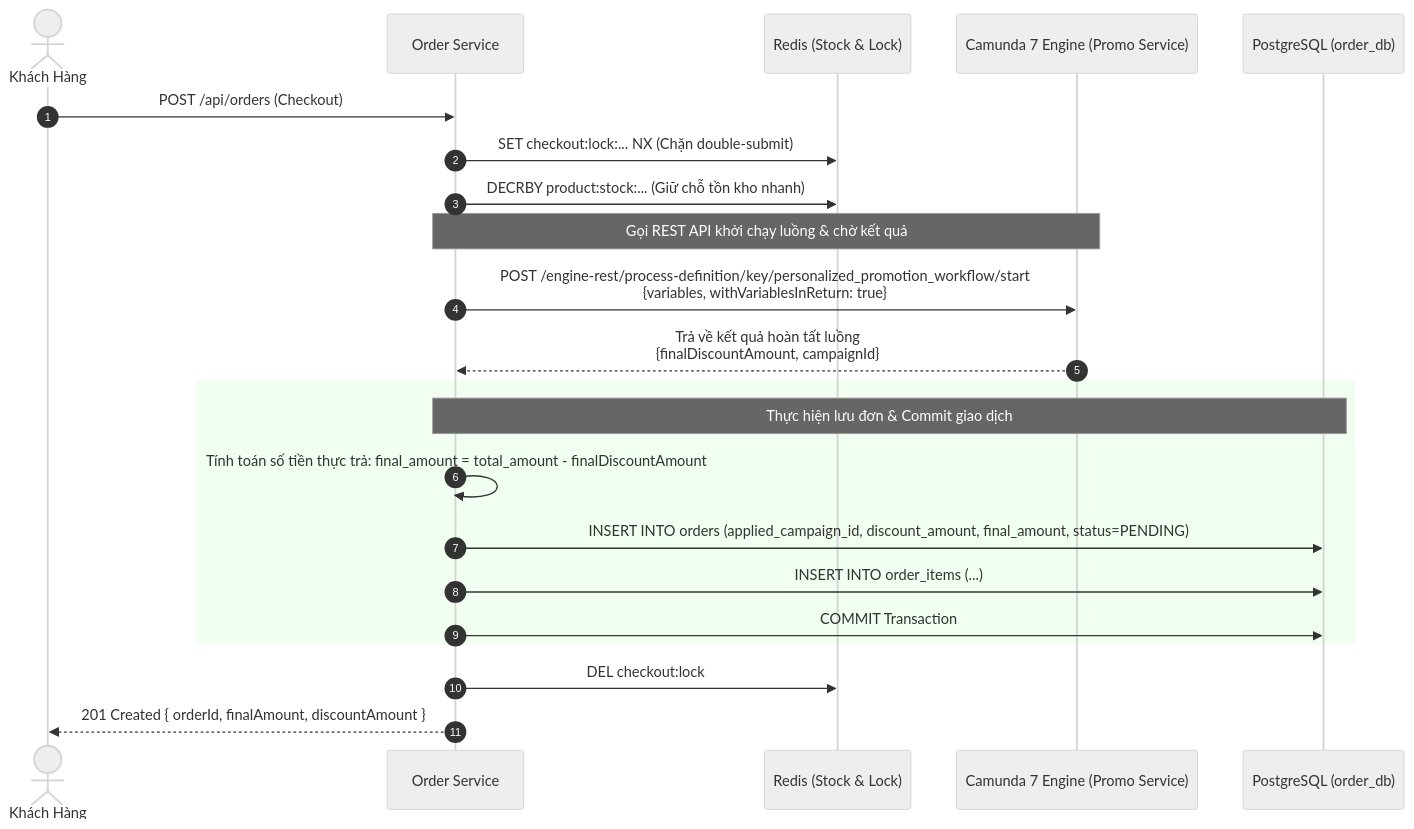
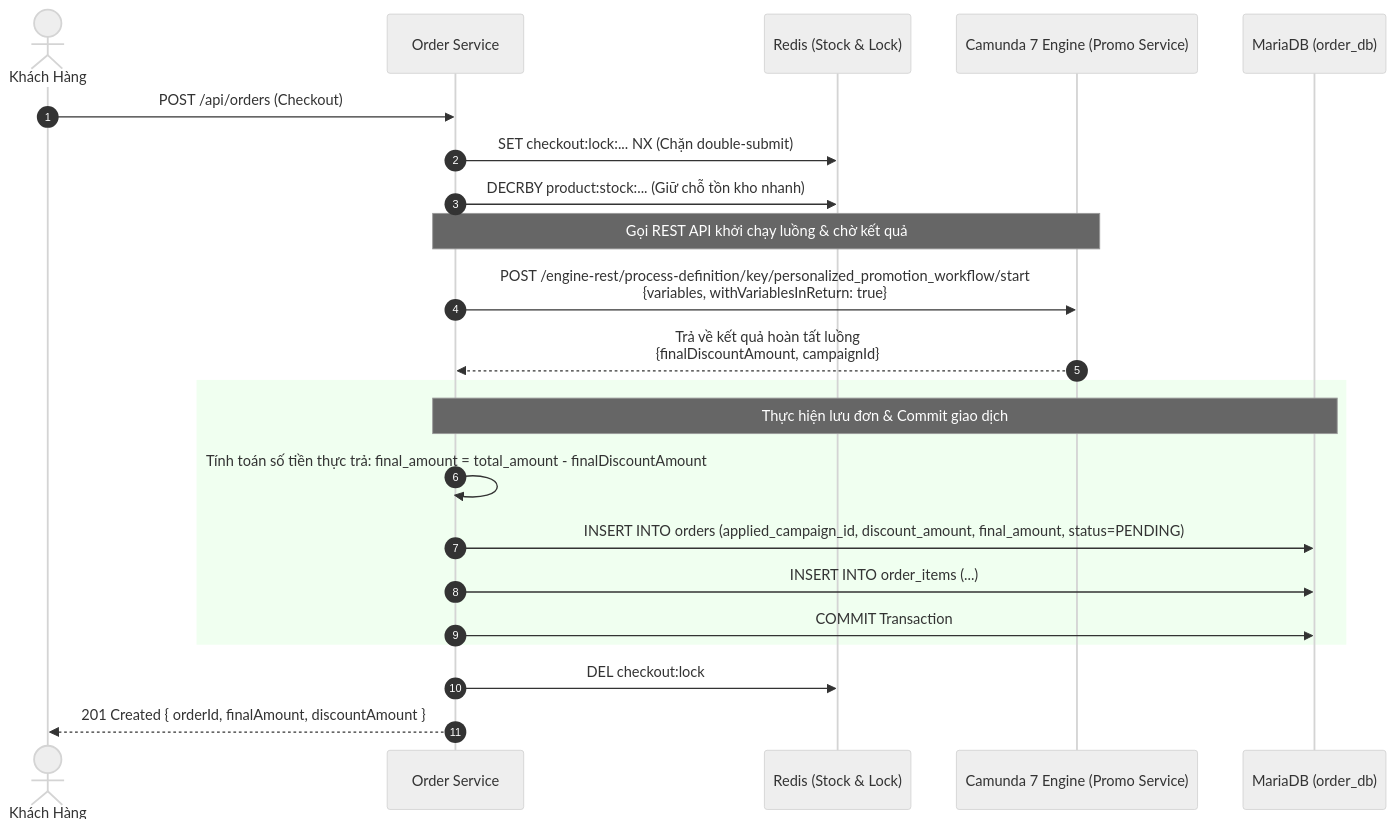
One commit to Thuannd24/Graduation-Project changed the fifth of 6 diagrams in docs/services/03_CART_ORDER_SERVICE.md. Above: the diagram before and after it, drawn with Mermaid (neutral theme). The commit also changed other lines of this file and 19 other files, not shown here.

````diff
--- a/docs/services/03_CART_ORDER_SERVICE.md
+++ b/docs/services/03_CART_ORDER_SERVICE.md
@@ -311,29 +324,29 @@
 ```mermaid
 sequenceDiagram
     autonumber
     actor Client as Khách Hàng
     participant OS as Order Service
     participant Redis as Redis (Stock & Lock)
     participant C7 as Camunda 7 Engine (Promo Service)
-    participant DB as PostgreSQL (order_db)
+    participant DB as MariaDB (order_db)
 
     Client->>OS: POST /api/orders (Checkout)
     OS->>Redis: SET checkout:lock:... NX (Chặn double-submit)
     OS->>Redis: DECRBY product:stock:... (Giữ chỗ tồn kho nhanh)
     
     Note over OS, C7: Gọi REST API khởi chạy luồng & chờ kết quả
     OS->>C7: POST /engine-rest/process-definition/key/personalized_promotion_workflow/start<br>{variables, withVariablesInReturn: true}
     
     C7-->>OS: Trả về kết quả hoàn tất luồng<br>{finalDiscountAmount, campaignId}
     
     rect rgb(240, 255, 240)
         Note over OS, DB: Thực hiện lưu đơn & Commit giao dịch
         OS->>OS: Tính toán số tiền thực trả: final_amount = total_amount - finalDiscountAmount
         OS->>DB: INSERT INTO orders (applied_campaign_id, discount_amount, final_amount, status=PENDING)
         OS->>DB: INSERT INTO order_items (...)
         OS->>DB: COMMIT Transaction
     end
 
     OS->>Redis: DEL checkout:lock
     OS-->>Client: 201 Created { orderId, finalAmount, discountAmount }
 ```
````
